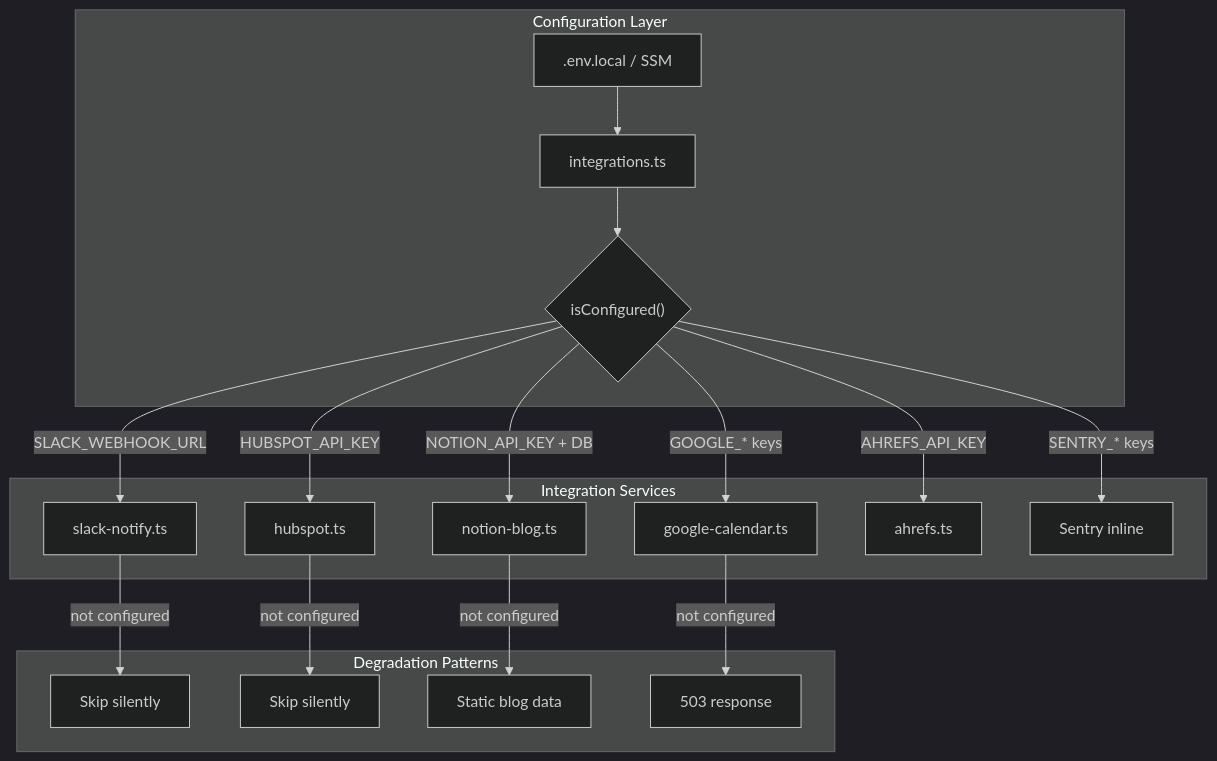
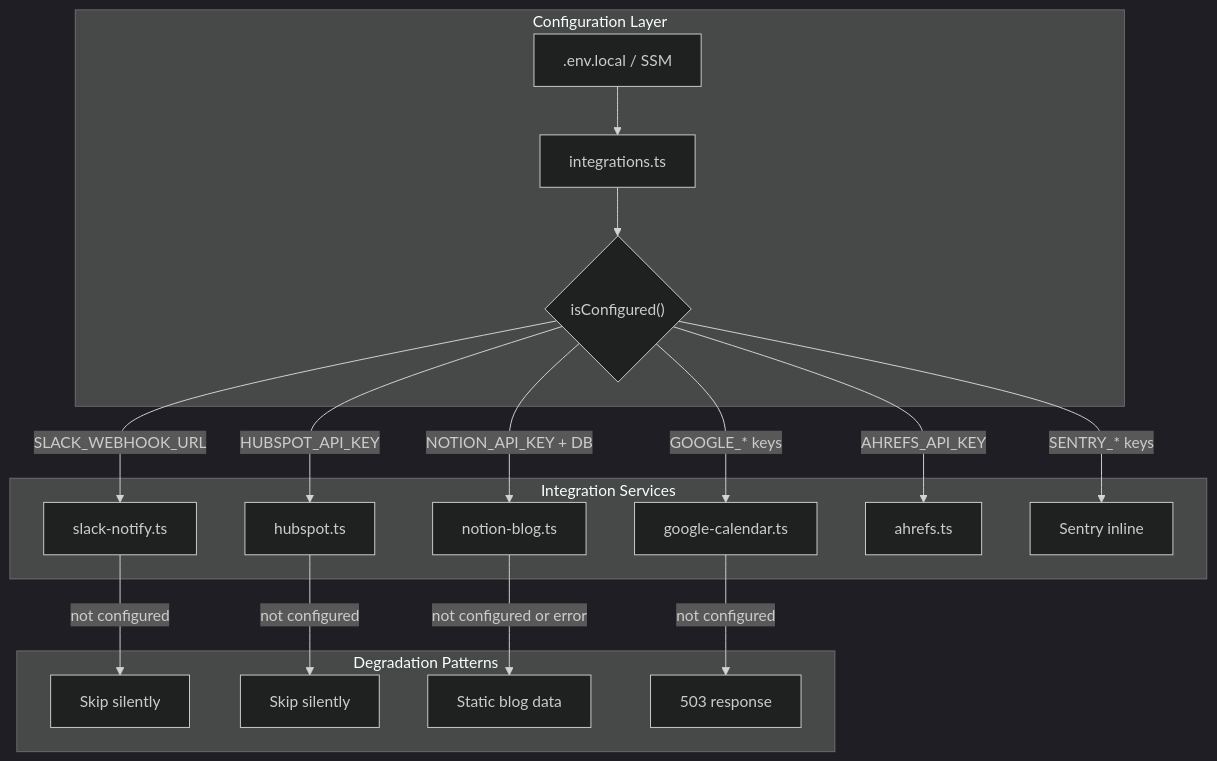
One commit to Themis128/cloudless.gr changed the third of 4 diagrams in AGENTS.md. Above: the diagram before and after it, drawn with Mermaid (dark theme). The commit also changed other lines of this file and 14 other files, not shown here.

Commit message:
Harden Notion/blog fallbacks and update docs/tests

````diff
--- a/AGENTS.md
+++ b/AGENTS.md
@@ -344,23 +344,23 @@
 ```mermaid
 graph TB
     subgraph Config["Configuration Layer"]
         Env[".env.local / SSM"] --> IL["integrations.ts"]
         IL --> IC{"isConfigured()"}
     end
 
     subgraph Integrations["Integration Services"]
         IC -->|SLACK_WEBHOOK_URL| Slack["slack-notify.ts"]
         IC -->|HUBSPOT_API_KEY| HS["hubspot.ts"]
         IC -->|NOTION_API_KEY + DB| Notion["notion-blog.ts"]
         IC -->|GOOGLE_* keys| GCal["google-calendar.ts"]
         IC -->|AHREFS_API_KEY| Ahrefs["ahrefs.ts"]
         IC -->|SENTRY_* keys| Sentry["Sentry inline"]
     end
 
     subgraph Patterns["Degradation Patterns"]
         Slack -->|not configured| SkipS["Skip silently"]
         HS -->|not configured| SkipH["Skip silently"]
-        Notion -->|not configured| Fallback["Static blog data"]
+        Notion -->|not configured or error| Fallback["Static blog data"]
         GCal -->|not configured| S503["503 response"]
     end
 ```
````
